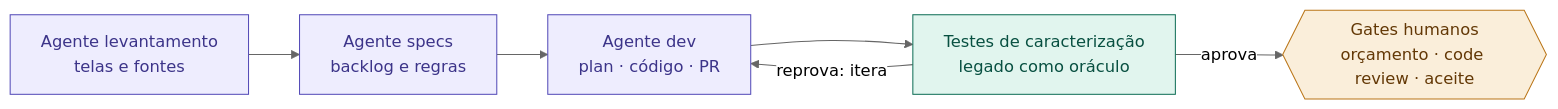
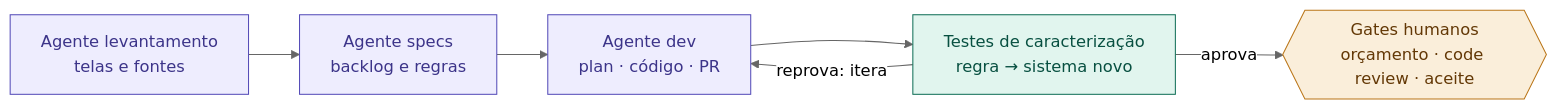
Before and after one commit to fnevesgx/convert-ia: the third of 3 diagrams in docs/diagramas/README.md, drawn with Mermaid (neutral theme). The commit also changed other lines of this file and 15 other files, not shown here.

````diff
--- a/docs/diagramas/README.md
+++ b/docs/diagramas/README.md
@@ -68,19 +68,19 @@
 ```mermaid
 flowchart LR
     AL["Agente levantamento<br>telas e fontes"]
     AS["Agente specs<br>backlog e regras"]
     AD["Agente dev<br>plan · código · PR"]
-    OR["Testes de caracterização<br>legado como oráculo"]
+    OR["Testes de caracterização<br>regra → sistema novo"]
     GH{{"Gates humanos<br>orçamento · code review · aceite"}}
 
     AL --> AS --> AD --> OR
     OR -- "reprova: itera" --> AD
     OR -- "aprova" --> GH
 
     classDef agente fill:#EEEDFE,stroke:#534AB7,color:#3C3489
     classDef oraculo fill:#E1F5EE,stroke:#0F6E56,color:#085041
     classDef gate fill:#FAEEDA,stroke:#BA7517,color:#633806
     class AL,AS,AD agente
     class OR oraculo
     class GH gate
 ```
````
